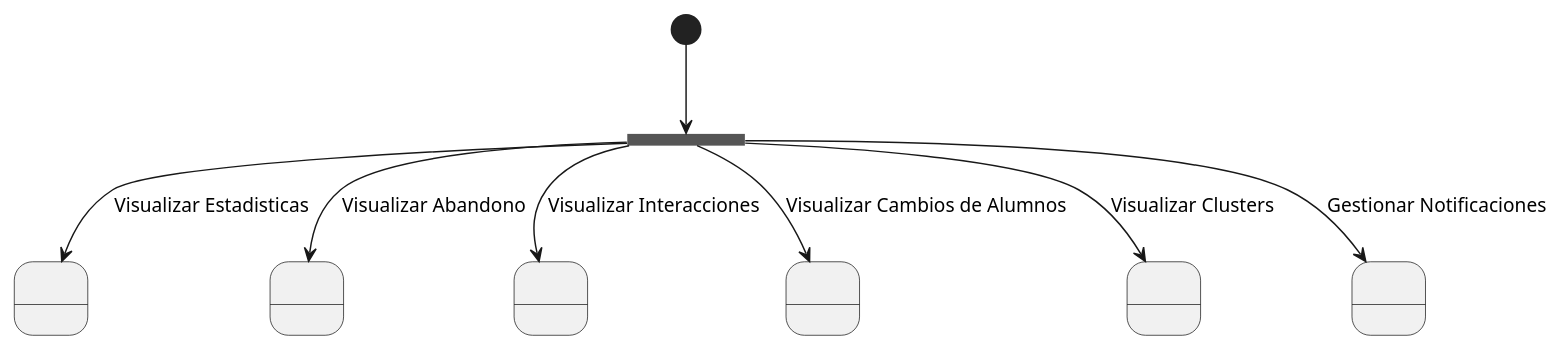
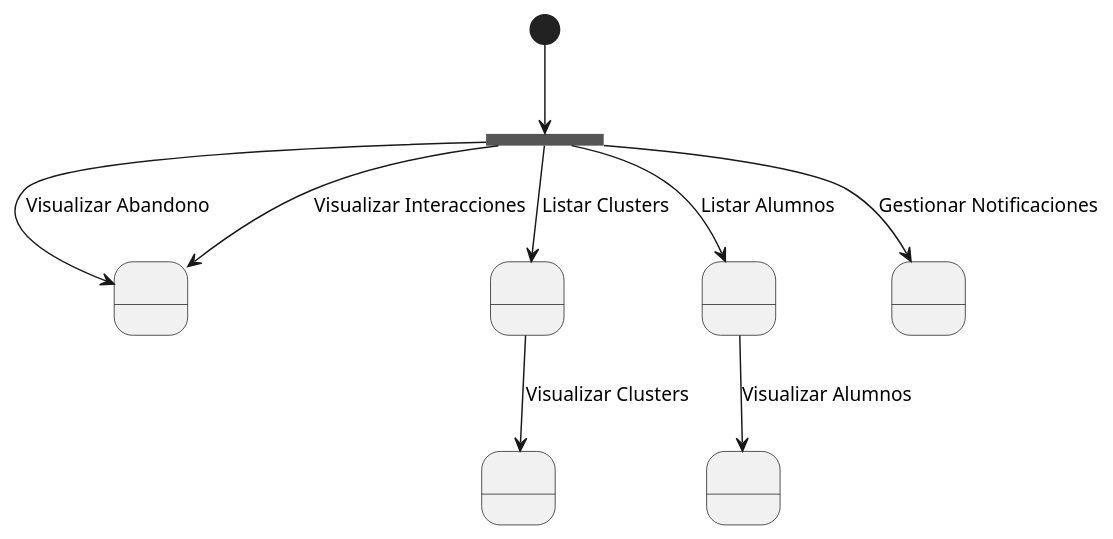
One commit to mmasias/IdSw1-22-23 changed the diagram in 000-entregas/Grupo1/CasosDeUso/Contexto.puml. Above: the diagram before and after it, drawn with PlantUML.

Commit message:
mejoras despues de la reunion con jorge

```diff
--- a/000-entregas/Grupo1/CasosDeUso/Contexto.puml
+++ b/000-entregas/Grupo1/CasosDeUso/Contexto.puml
@@ -1,23 +1,26 @@
 @startuml Contexto 
 
 State fork <<fork>>
 
 state VisualizarEstadisticas as " " <<state>>
-state VisualizarAbandono as " " <<state>>
-state VisualizarInteracciones as " " <<state>>
 
-state VisualizarCambiosDeAlumnos as " " <<state>>
+state VisualizarAlumnos as " " <<state>>
+state ListarClusters as " " <<state>>
+state ListarAlumnos as " " <<state>>
 state VisualizarClusters as " " <<state>>
 state GestionarNotificaciones as " " <<state>>
 
 [*] -d-> fork
-fork --> VisualizarEstadisticas : Visualizar Estadisticas
-fork --> VisualizarAbandono : Visualizar Abandono
-fork --> VisualizarInteracciones : Visualizar Interacciones
+fork --> VisualizarEstadisticas : Visualizar Abandono
+fork --> VisualizarEstadisticas : Visualizar Interacciones
 
-fork --> VisualizarCambiosDeAlumnos : Visualizar Cambios de Alumnos
-fork --> VisualizarClusters : Visualizar Clusters
+fork --> ListarAlumnos : Listar Alumnos
+ListarAlumnos --> VisualizarAlumnos : Visualizar Alumnos
+
+fork --> ListarClusters : Listar Clusters
+ListarClusters --> VisualizarClusters : Visualizar Clusters
+
 fork --> GestionarNotificaciones : Gestionar Notificaciones
 
 
 @enduml
```
